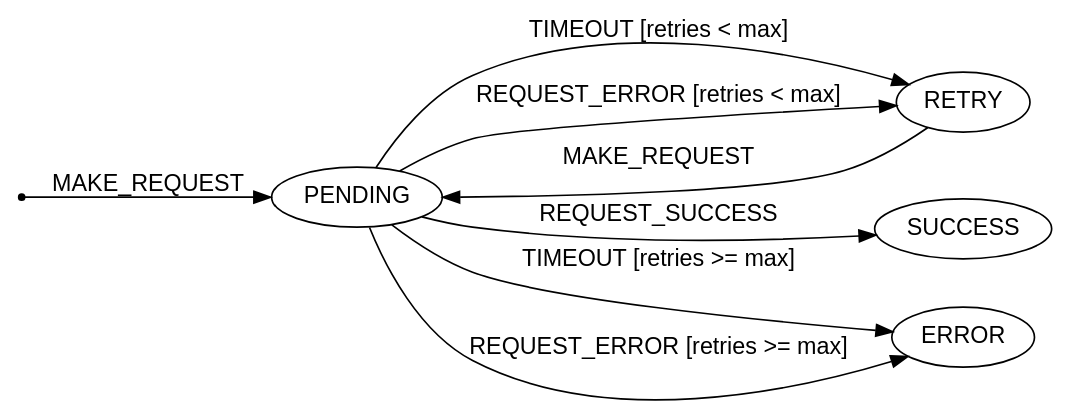
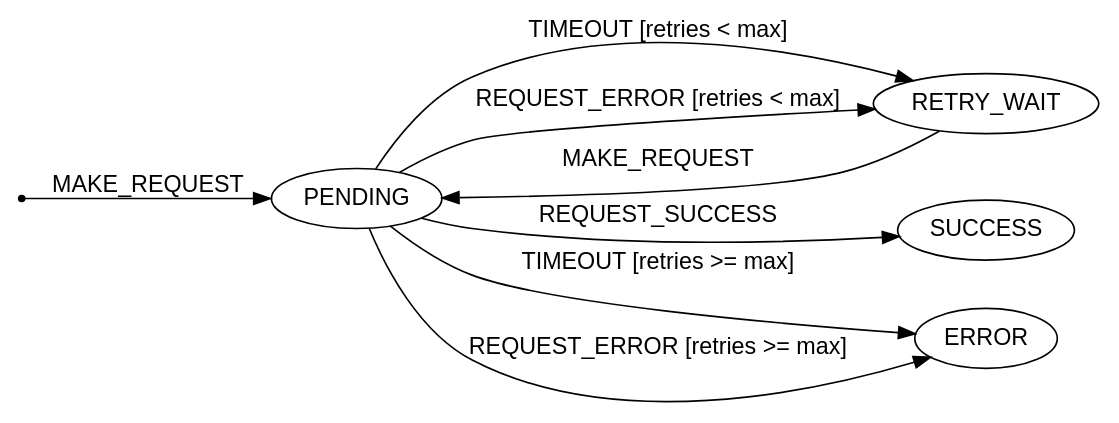
Before and after one commit to polesskiy-dev/active-object-fsm: the diagram in examples/request-retry-fsm/request-retry.gv, drawn with Graphviz. The commit also changed 5 other files, not shown here.

Commit message:
Request with retry example: add basic main.c types

```diff
--- a/examples/request-retry-fsm/request-retry.gv
+++ b/examples/request-retry-fsm/request-retry.gv
@@ -1,15 +1,15 @@
 digraph request_delayed_retry_state_machine {
     fontname="Helvetica,Arial,sans-serif"
     node [fontname="Helvetica,Arial,sans-serif"]
     edge [fontname="Helvetica,Arial,sans-serif"]
     rankdir=LR;
     null    [shape=point];
-    node    [shape = oval]; PENDING RETRY SUCCESS ERROR;
+    node    [shape = oval]; PENDING RETRY_WAIT SUCCESS ERROR;
     null -> PENDING [label="MAKE_REQUEST"]
-    PENDING -> RETRY [label="TIMEOUT [retries < max]"]
-    PENDING -> RETRY [label="REQUEST_ERROR [retries < max]"]
-    RETRY -> PENDING [label="MAKE_REQUEST"]
+    PENDING -> RETRY_WAIT [label="TIMEOUT [retries < max]"]
+    PENDING -> RETRY_WAIT [label="REQUEST_ERROR [retries < max]"]
+    RETRY_WAIT -> PENDING [label="MAKE_REQUEST"]
     PENDING -> ERROR [label="TIMEOUT [retries >= max]"]
     PENDING -> ERROR [label="REQUEST_ERROR [retries >= max]"]
     PENDING -> SUCCESS [label="REQUEST_SUCCESS"]
 }
```
